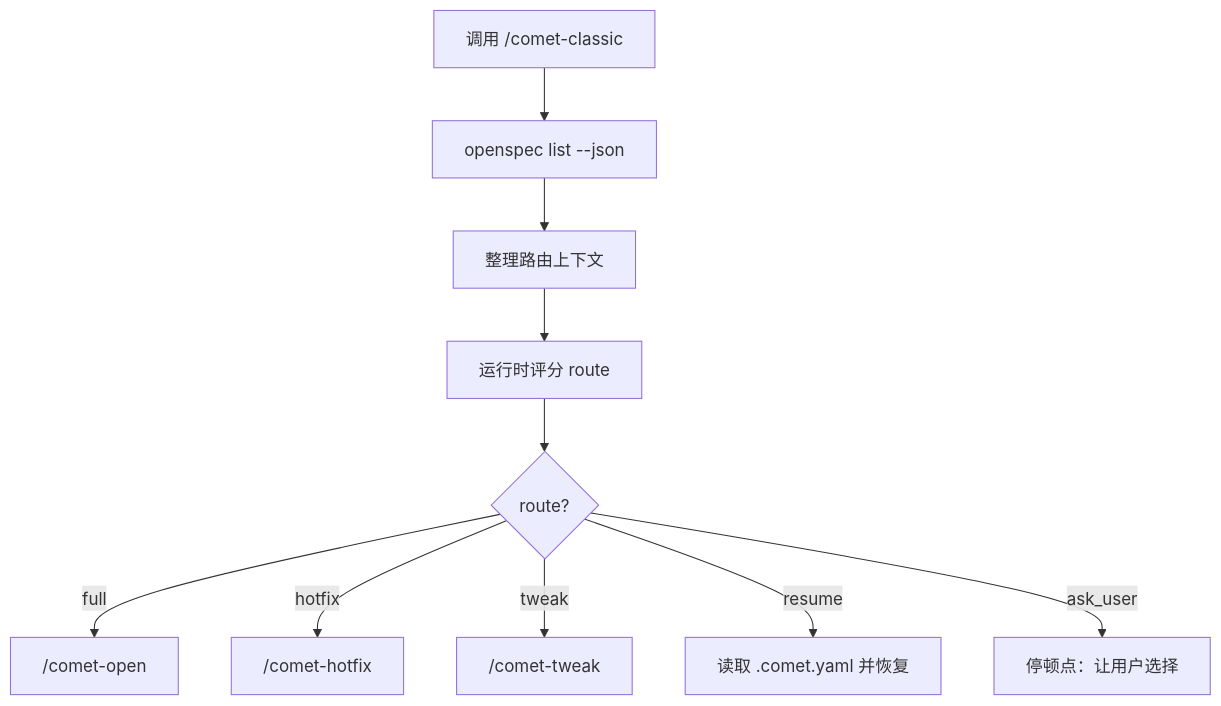
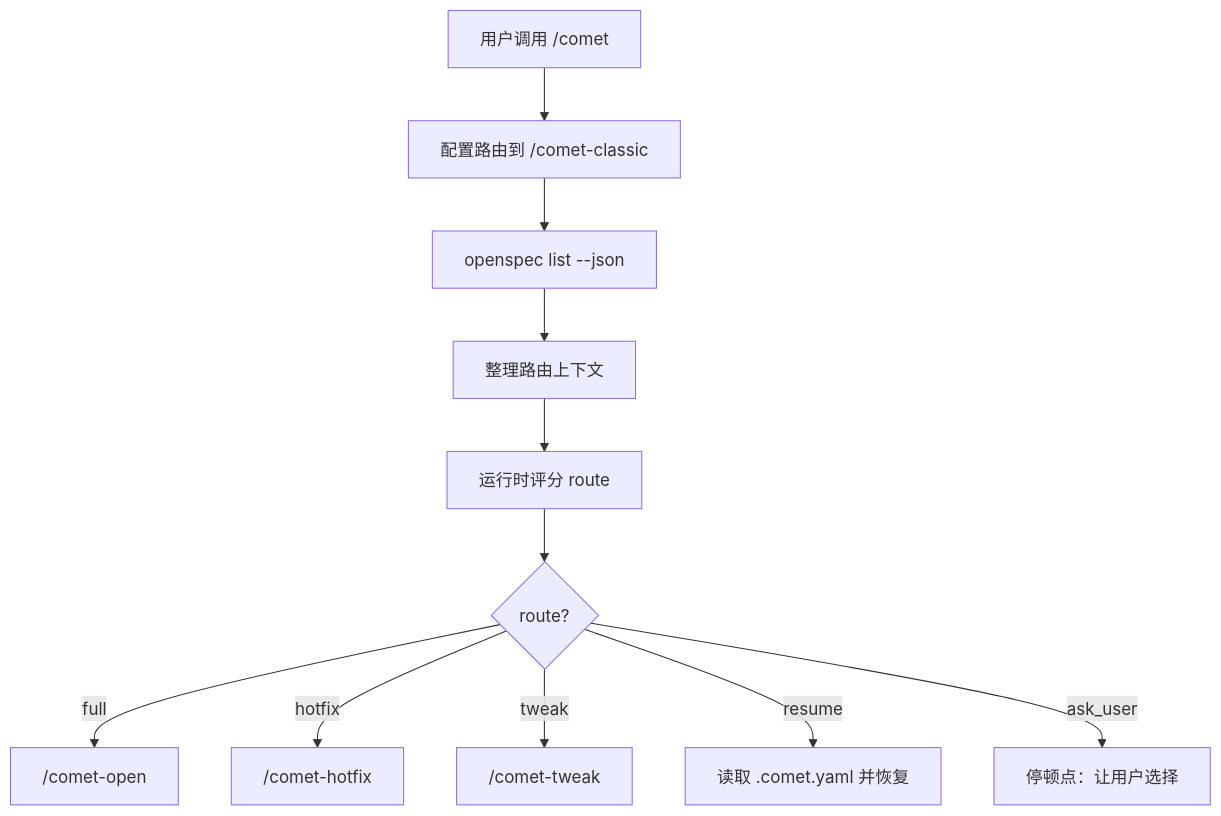
The fifth of 5 diagrams in zh/concepts/workflow.mdx (rpamis/comet-website-docs), drawn with Mermaid before and after one commit. The commit also changed other lines of this file and 85 other files, not shown here.

````diff
--- a/zh/concepts/workflow.mdx
+++ b/zh/concepts/workflow.mdx
@@ -300,12 +306,13 @@
 ```mermaid
 flowchart TD
-  A["调用 /comet-classic"] --> B["openspec list --json"]
-  B --> C["整理路由上下文"]
-  C --> D["运行时评分 route"]
-  D --> E{"route?"}
-  E -->|full| F["/comet-open"]
-  E -->|hotfix| G["/comet-hotfix"]
-  E -->|tweak| H["/comet-tweak"]
-  E -->|resume| I["读取 .comet.yaml 并恢复"]
-  E -->|ask_user| J["停顿点：让用户选择"]
+  A["用户调用 /comet"] --> B["配置路由到 /comet-classic"]
+  B --> C["openspec list --json"]
+  C --> D["整理路由上下文"]
+  D --> E["运行时评分 route"]
+  E --> F{"route?"}
+  F -->|full| G["/comet-open"]
+  F -->|hotfix| H["/comet-hotfix"]
+  F -->|tweak| I["/comet-tweak"]
+  F -->|resume| J["读取 .comet.yaml 并恢复"]
+  F -->|ask_user| K["停顿点：让用户选择"]
 ```
````
